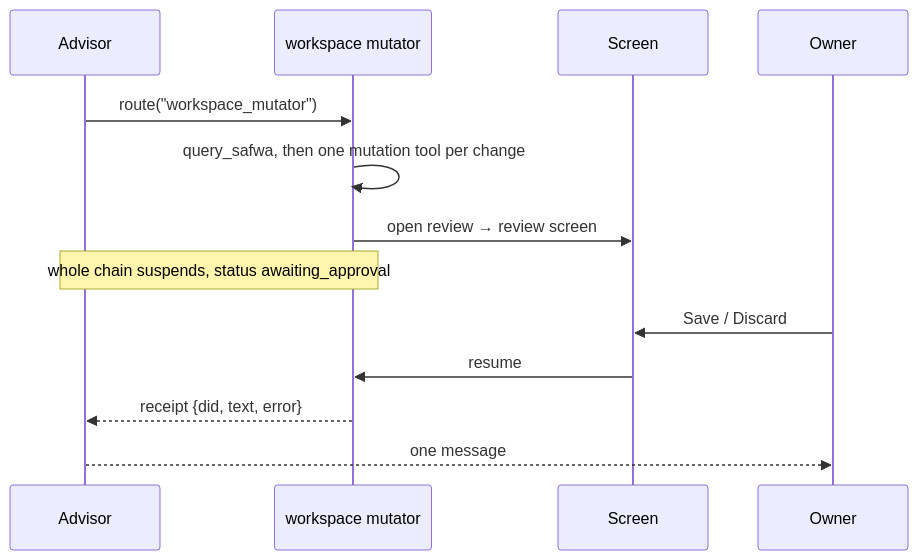
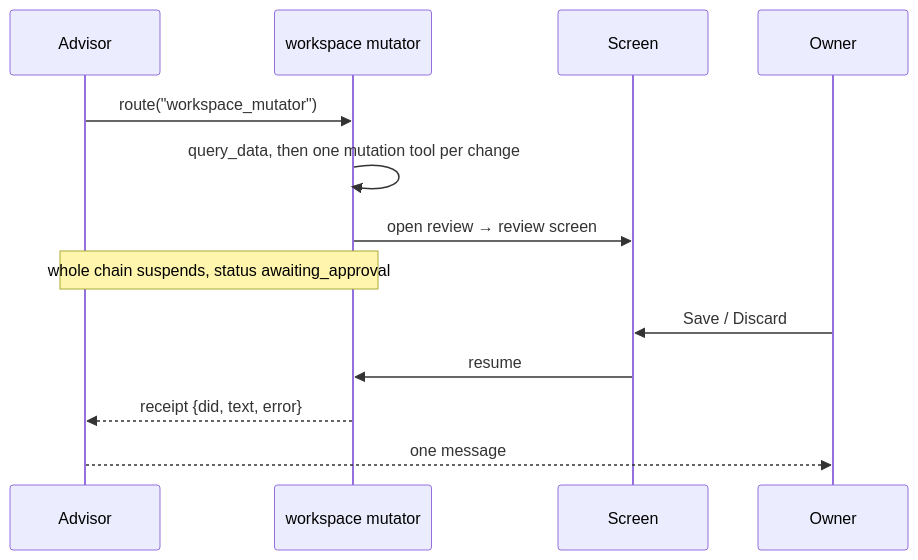
One commit to myvaheed/tg-ai-safwa changed the third of 10 diagrams in docs/AGENT_ARCH.md. Above: the diagram before and after it, drawn with Mermaid. The commit also changed other lines of this file and 55 other files, not shown here.

````diff
--- a/docs/AGENT_ARCH.md
+++ b/docs/AGENT_ARCH.md
@@ -149,15 +149,15 @@
 ```mermaid
 sequenceDiagram
     participant A as Advisor
     participant B as workspace mutator
     participant S as Screen
     participant O as Owner
     A->>B: route("workspace_mutator")
-    B->>B: query_safwa, then one mutation tool per change
+    B->>B: query_data, then one mutation tool per change
     B->>S: open review → review screen
     Note over A,B: whole chain suspends, status awaiting_approval
     O->>S: Save / Discard
     S->>B: resume
     B-->>A: receipt {did, text, error}
     A-->>O: one message
 ```
````
